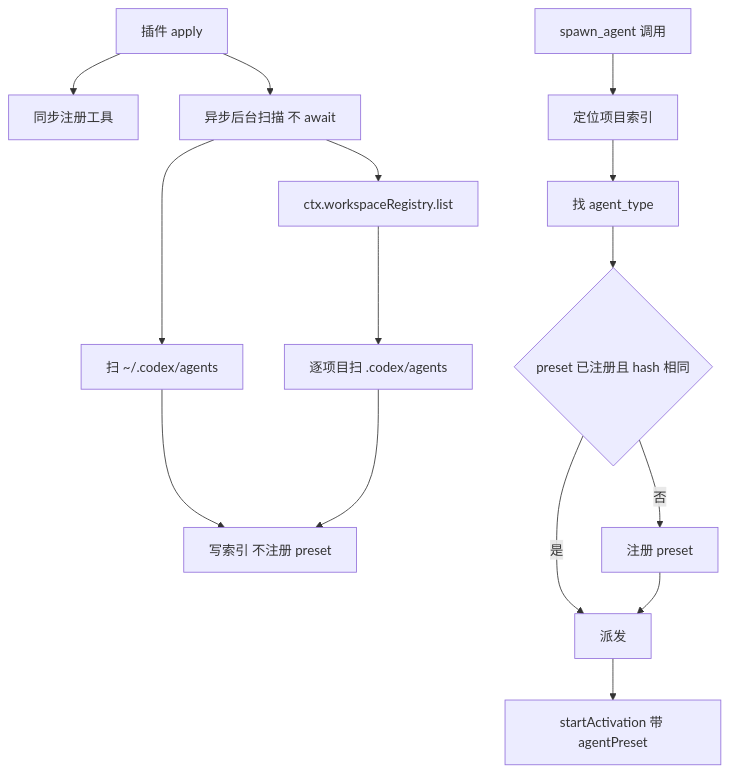
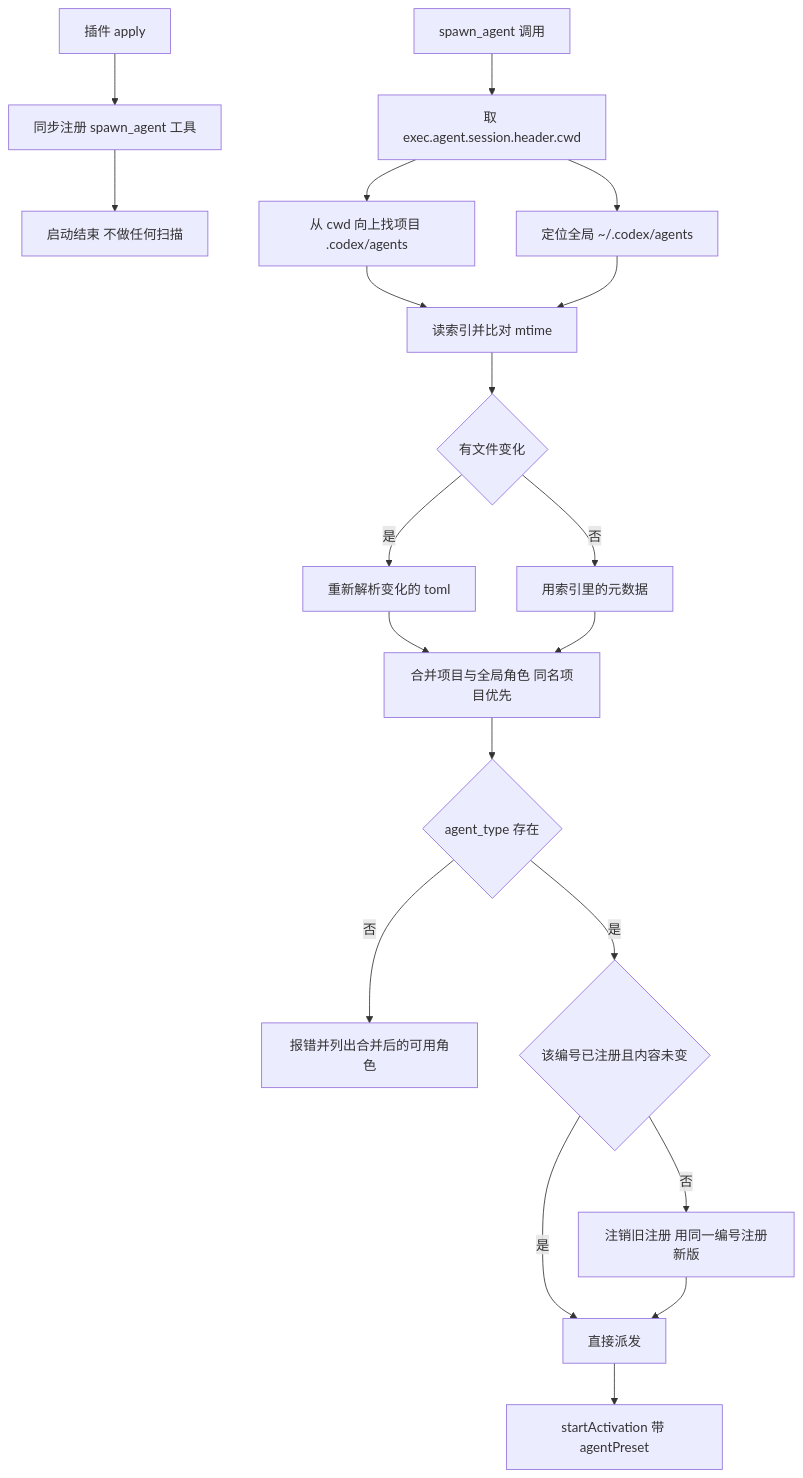
The diagram in plan/dsh-codex-agents.md (RekiDunois/dsh-codex-agents), drawn with Mermaid before and after one commit. The commit also changed other lines of this file, not shown here.

````diff
--- a/plan/dsh-codex-agents.md
+++ b/plan/dsh-codex-agents.md
@@ -63,17 +83,23 @@
 ```mermaid
 flowchart TD
-    A[插件 apply] --> B[同步注册工具]
-    A --> C[异步后台扫描 不 await]
-    C --> D[扫 ~/.codex/agents]
-    C --> E[ctx.workspaceRegistry.list]
-    E --> F[逐项目扫 .codex/agents]
-    D --> G[写索引 不注册 preset]
-    F --> G
-    H[spawn_agent 调用] --> I[定位项目索引]
-    I --> J[找 agent_type]
-    J --> K{preset 已注册且 hash 相同}
-    K -->|是| L[派发]
-    K -->|否| M[注册 preset]
-    M --> L
-    L --> N[startActivation 带 agentPreset]
+    A[插件 apply] --> B[同步注册 spawn_agent 工具]
+    B --> C[启动结束 不做任何扫描]
+
+    D[spawn_agent 调用] --> E[取 exec.agent.session.header.cwd]
+    E --> F[从 cwd 向上找项目 .codex/agents]
+    E --> G[定位全局 ~/.codex/agents]
+    F --> H[读索引并比对 mtime]
+    G --> H
+    H --> I{有文件变化}
+    I -->|是| J[重新解析变化的 toml]
+    I -->|否| K[用索引里的元数据]
+    J --> L[合并项目与全局角色 同名项目优先]
+    K --> L
+    L --> M{agent_type 存在}
+    M -->|否| N[报错并列出合并后的可用角色]
+    M -->|是| O{该编号已注册且内容未变}
+    O -->|是| Q[直接派发]
+    O -->|否| P[注销旧注册 用同一编号注册新版]
+    P --> Q
+    Q --> R[startActivation 带 agentPreset]
 ```
````
